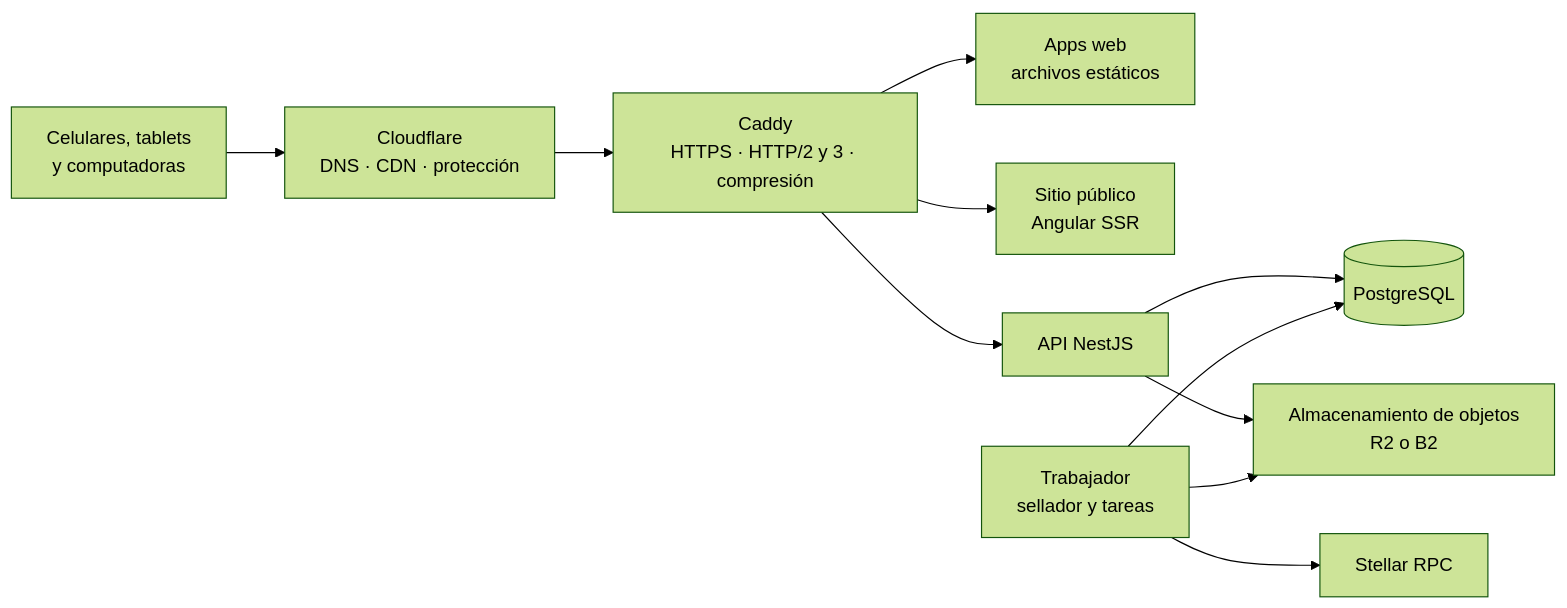
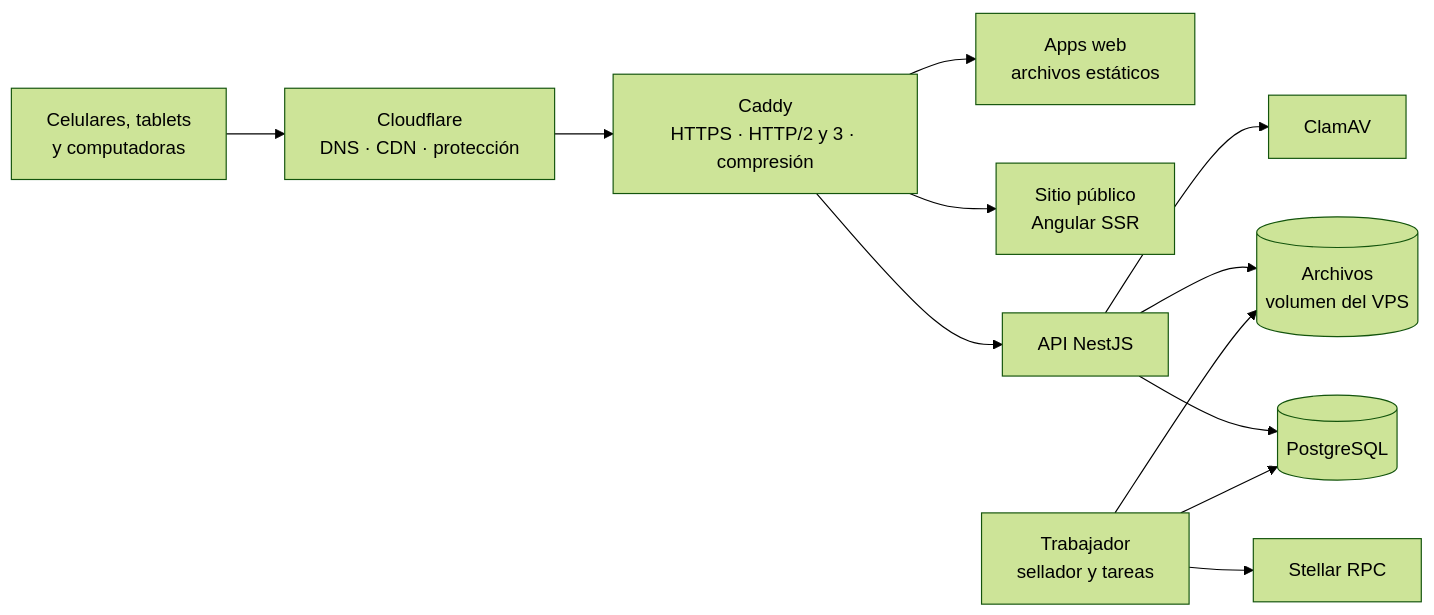
One commit to DAVV422/pasitos changed the diagram in docs/04-tecnico/09-stack-tecnologico.md. Above: the diagram before and after it, drawn with Mermaid (forest theme). The commit also changed other lines of this file and 5 other files, not shown here.

````diff
--- a/docs/04-tecnico/09-stack-tecnologico.md
+++ b/docs/04-tecnico/09-stack-tecnologico.md
@@ -161,13 +162,14 @@
 ```mermaid
 flowchart LR
     U[Celulares, tablets<br/>y computadoras] --> CF[Cloudflare<br/>DNS · CDN · protección]
     CF --> C[Caddy<br/>HTTPS · HTTP/2 y 3 · compresión]
     C --> W[Apps web<br/>archivos estáticos]
     C --> S[Sitio público<br/>Angular SSR]
     C --> A[API NestJS]
     A --> P[(PostgreSQL)]
     K[Trabajador<br/>sellador y tareas] --> P
     K --> ST[Stellar RPC]
-    A --> O[Almacenamiento de objetos<br/>R2 o B2]
+    A --> O[(Archivos<br/>volumen del VPS)]
     K --> O
+    A --> AV[ClamAV]
 ```
````
